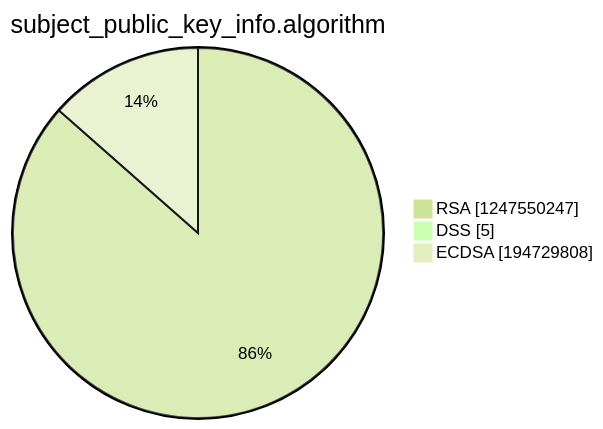
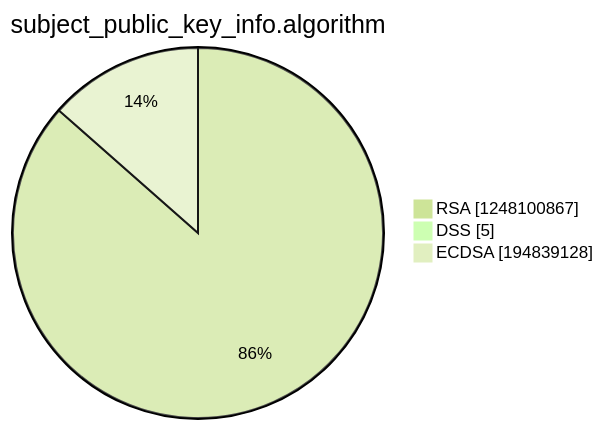
Before and after one commit to christiankrug/ctmonitor_visualization: the third of 15 diagrams in argon2022/README.md, drawn with Mermaid (forest theme). The commit also changed other lines of this file, not shown here.

````diff
--- a/argon2022/README.md
+++ b/argon2022/README.md
@@ -14,7 +14,7 @@
 ```mermaid
 pie showData
 title subject_public_key_info.algorithm
-"RSA" :1247550247
+"RSA" :1248100867
 "DSS" :5
-"ECDSA" :194729808
+"ECDSA" :194839128
 ```
````
